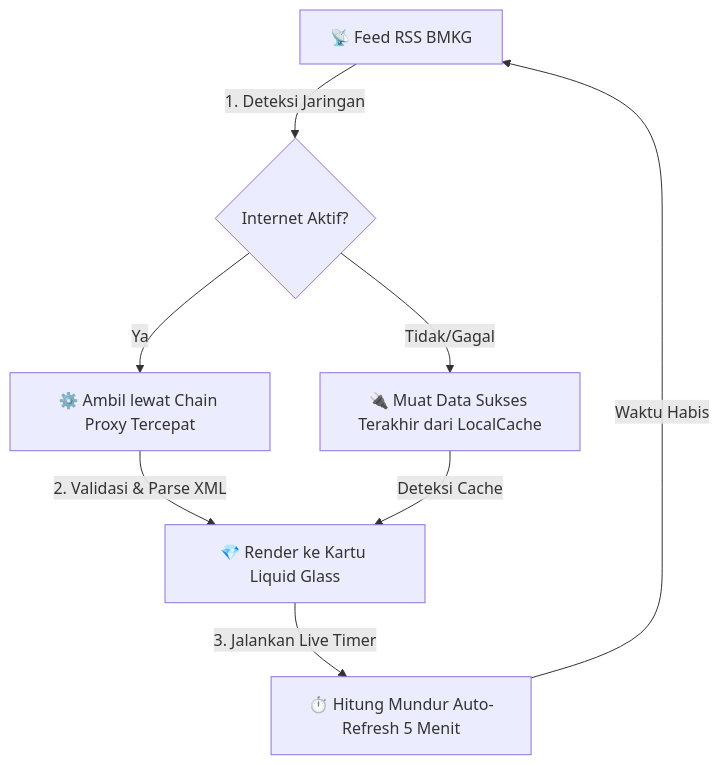
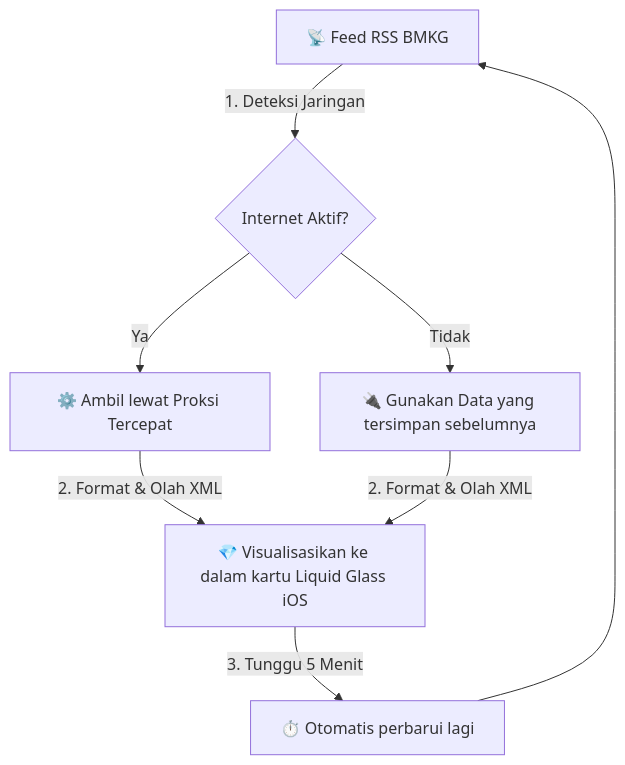
Before and after one commit to peringatandinicuacakepri/peringatandinicuacakepri.github.io: the diagram in README.md, drawn with Mermaid. The commit also changed other lines of this file, not shown here.

First line of the commit message:
📝 Perbaiki & rapikan README.md dengan panduan pemula yang lengkap! 🚀

````diff
--- a/README.md
+++ b/README.md
@@ -82,10 +86,10 @@
 ```mermaid
 flowchart TD
     A[📡 Feed RSS BMKG] -->|1. Deteksi Jaringan| B{Internet Aktif?}
-    B -->|Ya| C[⚙️ Ambil lewat Chain Proxy Tercepat]
-    B -->|Tidak/Gagal| D[🔌 Muat Data Sukses Terakhir dari LocalCache]
-    C -->|2. Validasi & Parse XML| E[💎 Render ke Kartu Liquid Glass]
-    D -->|Deteksi Cache| E
-    E -->|3. Jalankan Live Timer| F[⏱️ Hitung Mundur Auto-Refresh 5 Menit]
-    F -->|Waktu Habis| A
+    B -->|Ya| C[⚙️ Ambil lewat Proksi Tercepat]
+    B -->|Tidak| D[🔌 Gunakan Data yang tersimpan sebelumnya]
+    C -->|2. Format & Olah XML| E[💎 Visualisasikan ke dalam kartu Liquid Glass iOS]
+    D -->|2. Format & Olah XML| E
+    E -->|3. Tunggu 5 Menit| F[⏱️ Otomatis perbarui lagi]
+    F --> A
 ```
````
